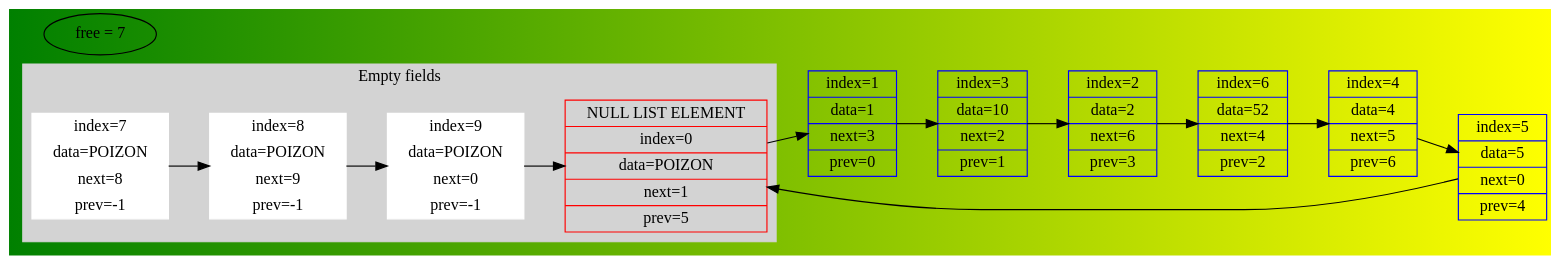
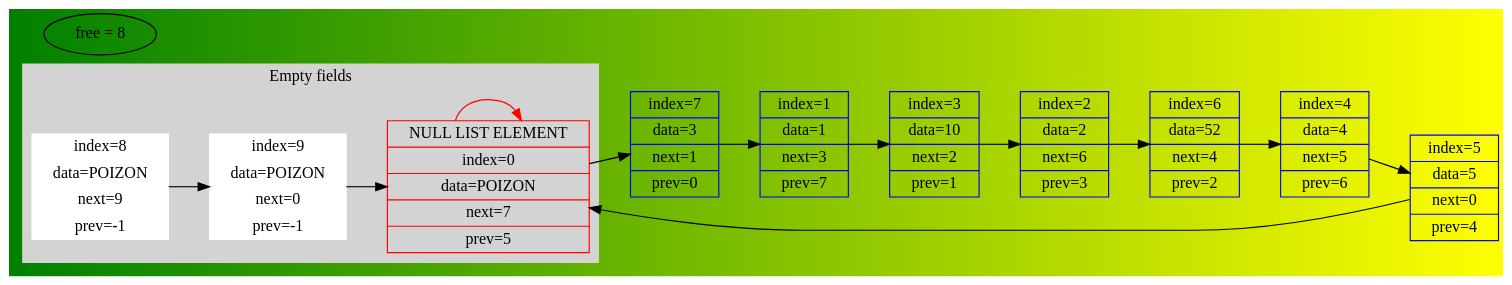
One commit to EvGeniy0505/List changed the diagram in output/list.dot. Above: the diagram before and after it, drawn with Graphviz. The commit also changed 4 other files, not shown here.

```diff
--- a/output/list.dot
+++ b/output/list.dot
@@ -1,31 +1,32 @@
 digraph LIST {
 	rankdir=LR;
 	bgcolor = "green:yellow";
-	node0 [shape=record, color=red, label=" NULL LIST ELEMENT | index=0 | data=POIZON | next=1 | prev=5 " ];
-	node0 -> node1;
-	node1 [shape=record, color=blue, label=" index=1 | data=1 | next=3 | prev=0 " ];
+	node0 [shape=record, color=red,label=" NULL LIST ELEMENT | index=0 | data=POIZON | next=7 | prev=5 " ];
+	node0-> node0[color=red];
+	node0 -> node7;
+	node7 [shape=record, color=blue,label=" index=7 | data=3 | next=1 | prev=0 " ];
+	node7 -> node1;
+	node1 [shape=record, color=blue,label=" index=1 | data=1 | next=3 | prev=7 " ];
 	node1 -> node3;
-	node3 [shape=record, color=blue, label=" index=3 | data=10 | next=2 | prev=1 " ];
+	node3 [shape=record, color=blue,label=" index=3 | data=10 | next=2 | prev=1 " ];
 	node3 -> node2;
-	node2 [shape=record, color=blue, label=" index=2 | data=2 | next=6 | prev=3 " ];
+	node2 [shape=record, color=blue,label=" index=2 | data=2 | next=6 | prev=3 " ];
 	node2 -> node6;
-	node6 [shape=record, color=blue, label=" index=6 | data=52 | next=4 | prev=2 " ];
+	node6 [shape=record, color=blue,label=" index=6 | data=52 | next=4 | prev=2 " ];
 	node6 -> node4;
-	node4 [shape=record, color=blue, label=" index=4 | data=4 | next=5 | prev=6 " ];
+	node4 [shape=record, color=blue,label=" index=4 | data=4 | next=5 | prev=6 " ];
 	node4 -> node5;
-	node5 [shape=record, color=blue, label=" index=5 | data=5 | next=0 | prev=4 " ];
+	node5 [shape=record, color=blue,label=" index=5 | data=5 | next=0 | prev=4 " ];
 	subgraph cluster0 {
 		node [style=filled,color=white];
 		style=filled;
 		color=lightgrey;
-		node7 -> node8;
-		node7 [shape=record, color=white, label=" index=7 | data=POIZON | next=8 | prev=-1 " ];
 		node8 -> node9;
-		node8 [shape=record, color=white, label=" index=8 | data=POIZON | next=9 | prev=-1 " ];
+		node8 [shape=record, color=white,label=" index=8 | data=POIZON | next=9 | prev=-1 " ];
 		node9 -> node0;
-		node9 [shape=record, color=white, label=" index=9 | data=POIZON | next=0 | prev=-1 " ];
+		node9 [shape=record, color=white,label=" index=9 | data=POIZON | next=0 | prev=-1 " ];
 		label = "Empty fields";
 	}
 	node5 -> node0;
-	"free = 7";
+	"free = 8";
 }
```
